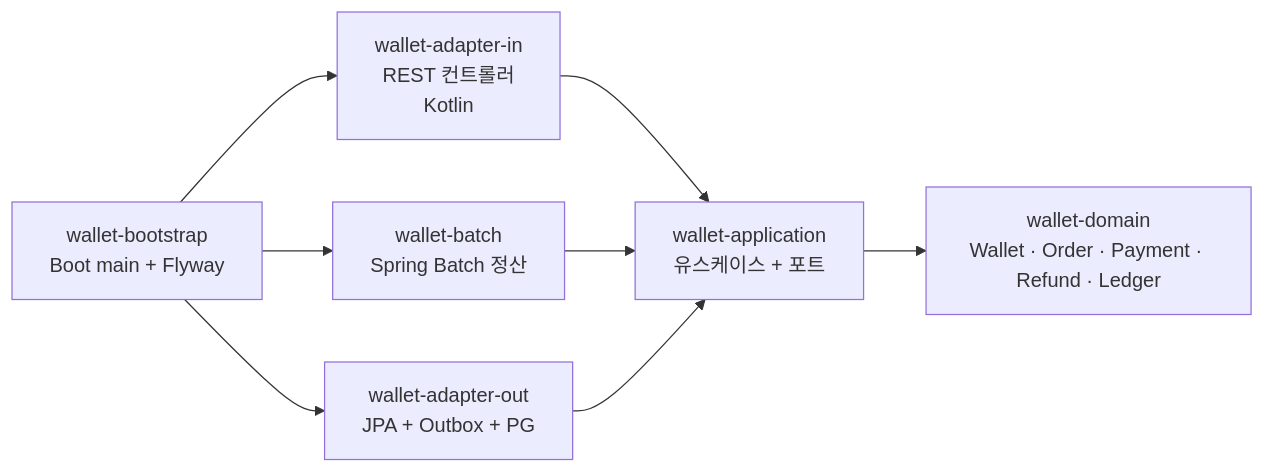
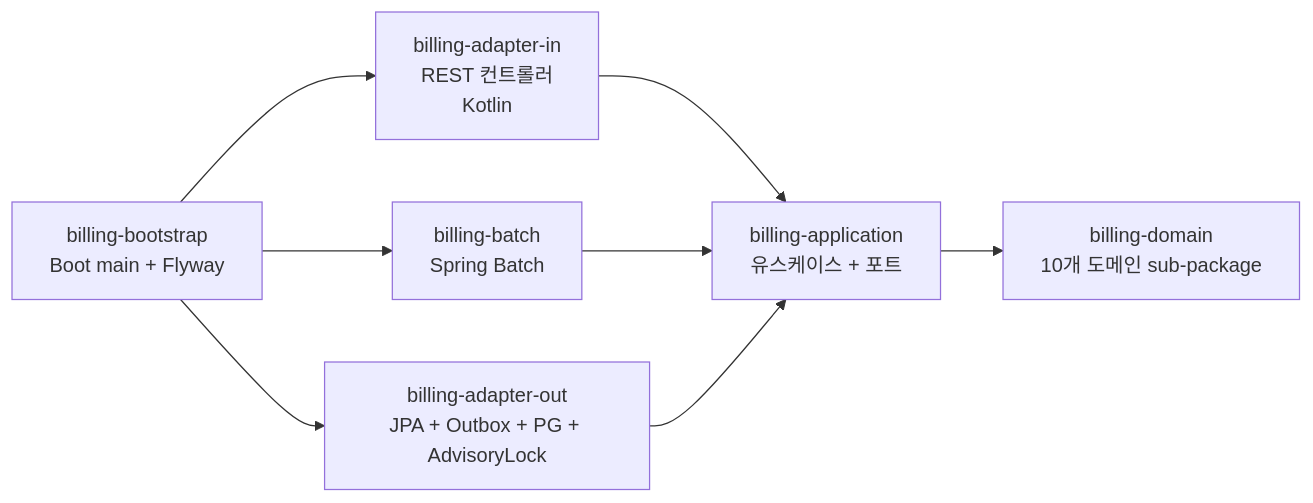
The second of 2 diagrams in README.md (ssa1004/billing-platform), drawn with Mermaid before and after one commit. The commit also changed other lines of this file and 367 other files, not shown here.

````diff
--- a/README.md
+++ b/README.md
@@ -115,17 +99,17 @@
 ```mermaid
 graph LR
-    in[wallet-adapter-in<br/>REST 컨트롤러<br/>Kotlin]
-    app[wallet-application<br/>유스케이스 + 포트]
-    domain[wallet-domain<br/>Wallet · Order · Payment · Refund · Ledger]
-    out[wallet-adapter-out<br/>JPA + Outbox + PG]
-    batch[wallet-batch<br/>Spring Batch 정산]
-    boot[wallet-bootstrap<br/>Boot main + Flyway]
+    in[billing-adapter-in<br/>REST 컨트롤러<br/>Kotlin]
+    app[billing-application<br/>유스케이스 + 포트]
+    domain[billing-domain<br/>10개 도메인 sub-package]
+    out[billing-adapter-out<br/>JPA + Outbox + PG + AdvisoryLock]
+    batch[billing-batch<br/>Spring Batch]
+    boot[billing-bootstrap<br/>Boot main + Flyway]
 
     in --> app
     boot --> in
     boot --> out
     boot --> batch
     batch --> app
     out --> app
     app --> domain
 ```
````
